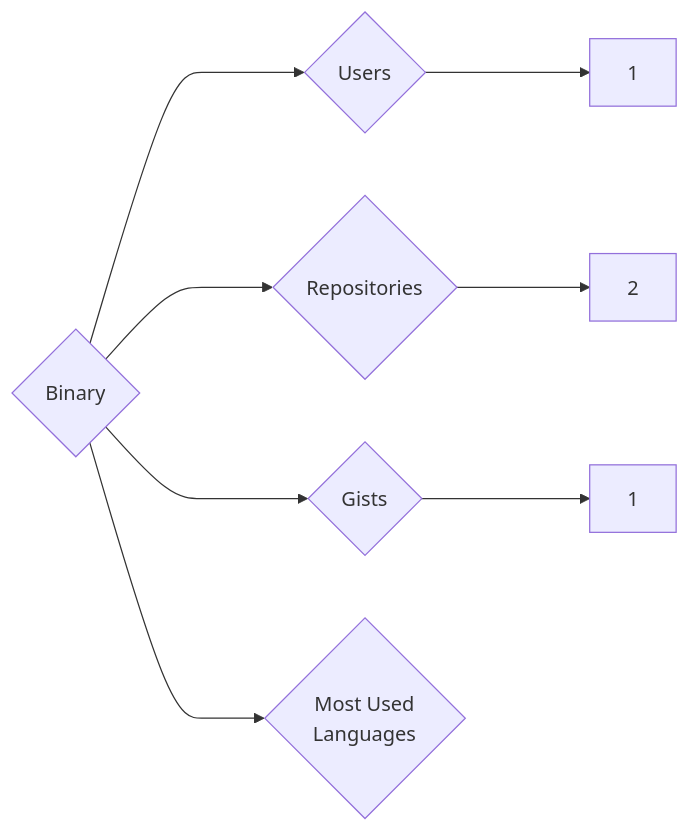
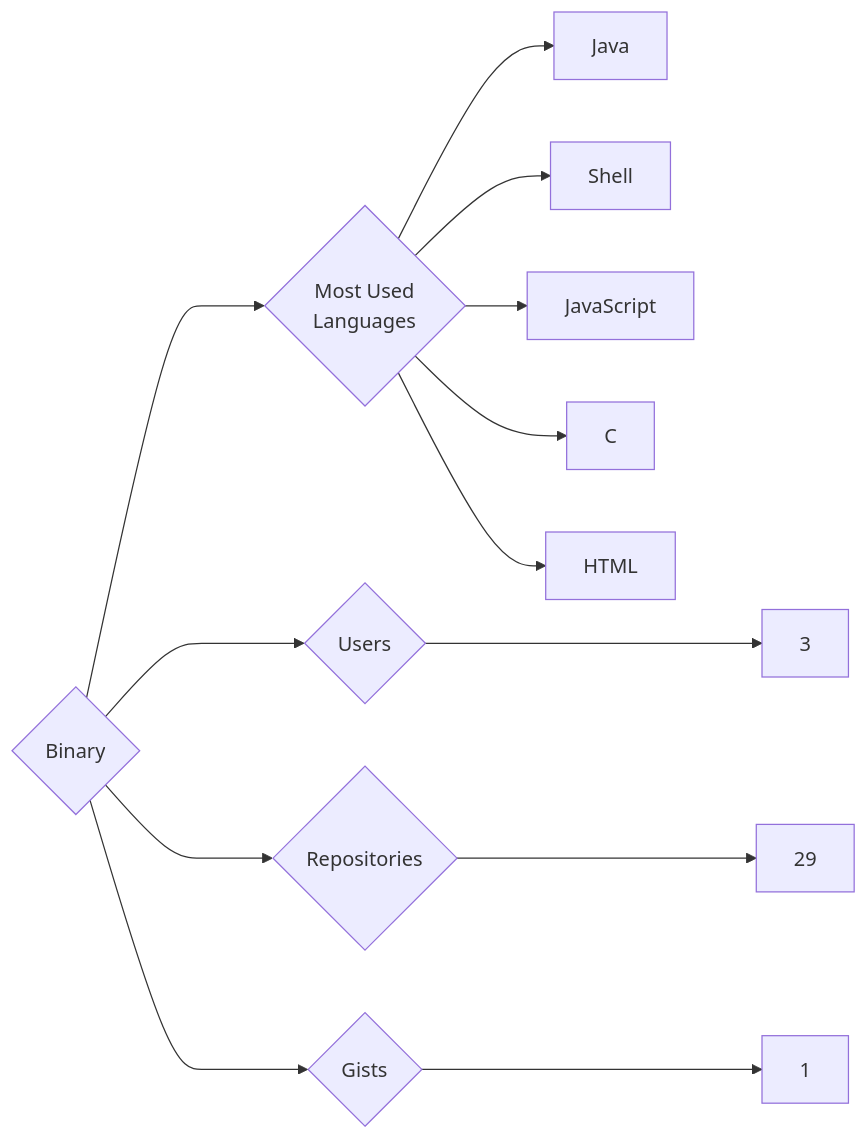
The diagram in targets/Binary/README.md (trickest/insiders), drawn with Mermaid before and after one commit. The commit also changed 714 other files, not shown here.

````diff
--- a/targets/Binary/README.md
+++ b/targets/Binary/README.md
@@ -3,8 +3,13 @@
 ```mermaid
 graph LR
 COMPANY_NAME{Binary}
-COMPANY_NAME ---> U{Users} ---> UN[1]
-COMPANY_NAME ---> R{Repositories} ---> RN[2]
+COMPANY_NAME ---> U{Users} ---> UN[3]
+COMPANY_NAME ---> R{Repositories} ---> RN[29]
 COMPANY_NAME ---> G{Gists} ---> GN[1]
 COMPANY_NAME ---> ML{Most Used<br>Languages}
+ML --> Java[Java]
+ML --> Shell[Shell]
+ML --> JavaScript[JavaScript]
+ML --> C[C]
+ML --> HTML[HTML]
 ```
````
